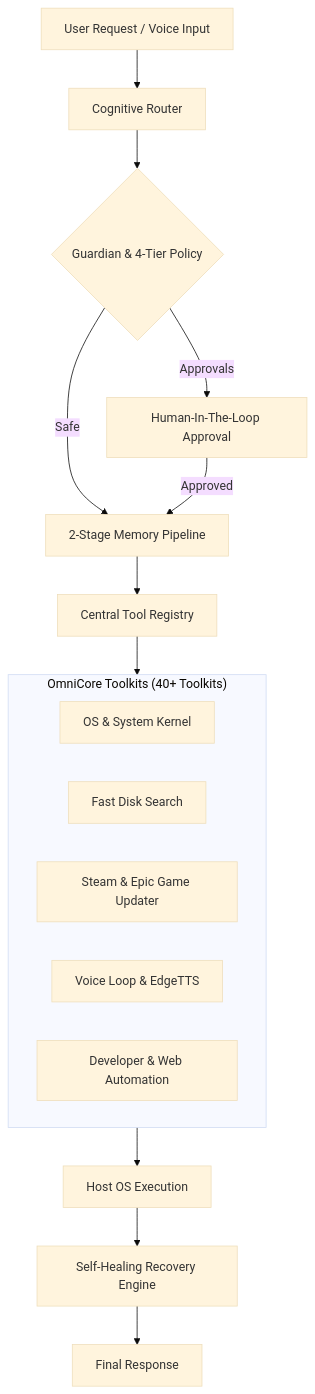
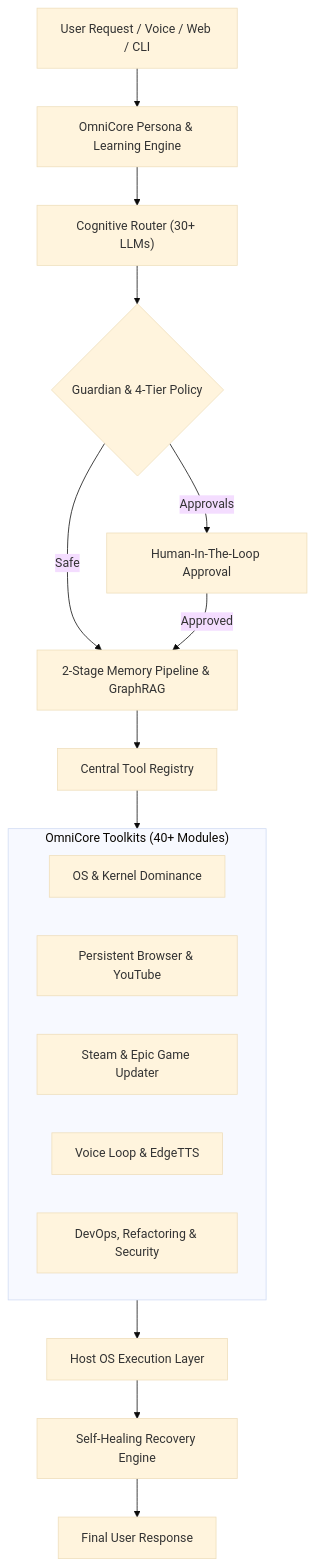
Before and after one commit to MrSpy00/OmniCore: the second of 2 diagrams in README.md, drawn with Mermaid (base theme). The commit also changed other lines of this file and 51 other files, not shown here.

````diff
--- a/README.md
+++ b/README.md
@@ -222,22 +245,23 @@
 ```mermaid
 flowchart TD
-    User["User Request / Voice Input"] --> Router["Cognitive Router"]
+    User["User Request / Voice / Web / CLI"] --> Persona["OmniCore Persona & Learning Engine"]
+    Persona --> Router["Cognitive Router (30+ LLMs)"]
     Router --> Policy{"Guardian & 4-Tier Policy"}
-    Policy -- Safe --> Memory["2-Stage Memory Pipeline"]
+    Policy -- Safe --> Memory["2-Stage Memory Pipeline & GraphRAG"]
     Policy -- Approvals --> HITL["Human-In-The-Loop Approval"]
     HITL -- Approved --> Memory
     Memory --> ToolReg["Central Tool Registry"]
     
-    subgraph Toolkits ["OmniCore Toolkits (40+ Toolkits)"]
-        T1["OS & System Kernel"]
-        T2["Fast Disk Search"]
+    subgraph Toolkits ["OmniCore Toolkits (40+ Modules)"]
+        T1["OS & Kernel Dominance"]
+        T2["Persistent Browser & YouTube"]
         T3["Steam & Epic Game Updater"]
         T4["Voice Loop & EdgeTTS"]
-        T5["Developer & Web Automation"]
+        T5["DevOps, Refactoring & Security"]
     end
     
     ToolReg --> Toolkits
-    Toolkits --> Exec["Host OS Execution"]
+    Toolkits --> Exec["Host OS Execution Layer"]
     Exec --> Recovery["Self-Healing Recovery Engine"]
-    Recovery --> Res["Final Response"]
+    Recovery --> Res["Final User Response"]
 ```
````
